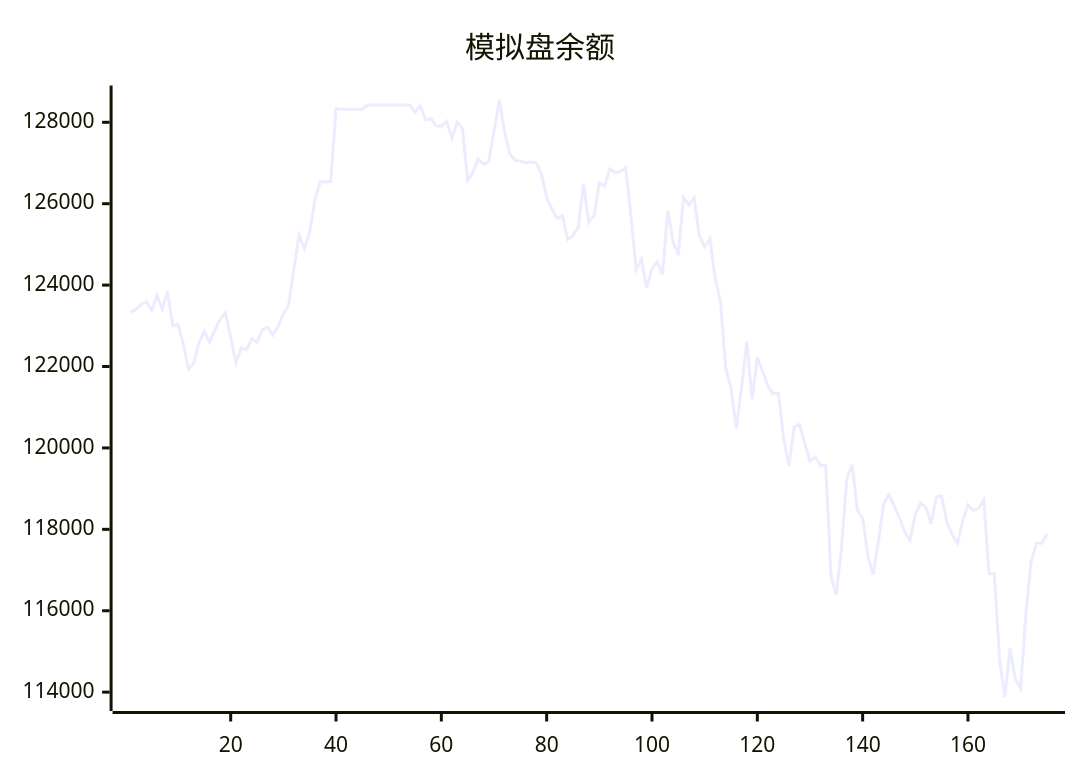
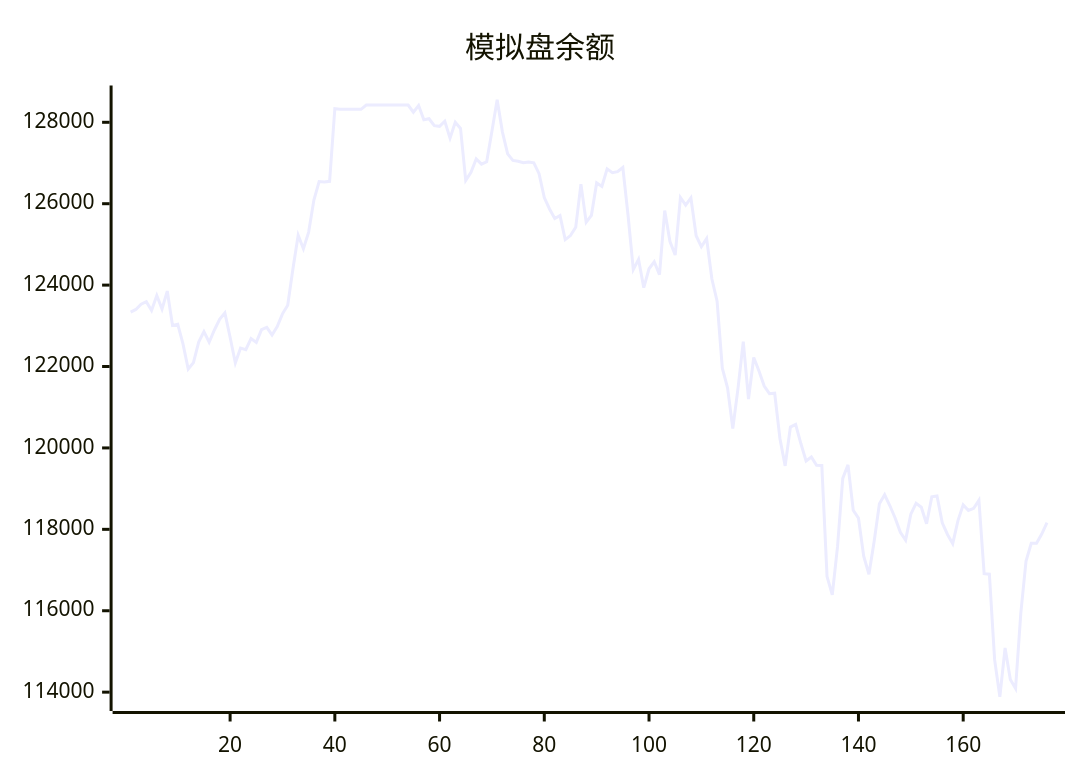
The diagram in README.md (aahl/ai-trading), drawn with Mermaid before and after one commit. The commit also changed other lines of this file and 1 other file, not shown here.

````diff
--- a/README.md
+++ b/README.md
@@ -5,5 +5,5 @@
 ```mermaid
 xychart
     title "模拟盘余额"
-    line [123338,123402,123530,123592,123378,123745,123413,123853,123009,123040,122557,121938,122095,122599,122856,122597,122898,123160,123319,122719,122087,122454,122416,122685,122592,122907,122961,122776,122981,123295,123507,124403,125224,124894,125303,126088,126544,126534,126549,128335,128318,128318,128318,128318,128318,128424,128424,128424,128424,128424,128424,128424,128424,128424,128247,128412,128062,128087,127917,127901,128026,127611,128000,127850,126572,126770,127100,126971,127029,127783,128554,127765,127224,127064,127044,127009,127025,127004,126738,126152,125871,125635,125707,125117,125217,125420,126480,125545,125715,126511,126424,126856,126764,126788,126890,125710,124381,124632,123936,124402,124574,124256,125833,125070,124739,126154,125966,126145,125213,124943,125143,124157,123604,121959,121476,120476,121470,122610,121201,122221,121889,121522,121332,121344,120232,119559,120513,120577,120108,119680,119777,119572,119568,116839,116392,117573,119250,119585,118469,118277,117338,116897,117706,118628,118849,118579,118280,117926,117735,118373,118639,118544,118136,118798,118819,118162,117874,117649,118215,118601,118463,118517,118713,116911,116899,114798,113887,115084,114313,114091,115934,117221,117658,117658,117883]
+    line [123338,123402,123530,123592,123378,123745,123413,123853,123009,123040,122557,121938,122095,122599,122856,122597,122898,123160,123319,122719,122087,122454,122416,122685,122592,122907,122961,122776,122981,123295,123507,124403,125224,124894,125303,126088,126544,126534,126549,128335,128318,128318,128318,128318,128318,128424,128424,128424,128424,128424,128424,128424,128424,128424,128247,128412,128062,128087,127917,127901,128026,127611,128000,127850,126572,126770,127100,126971,127029,127783,128554,127765,127224,127064,127044,127009,127025,127004,126738,126152,125871,125635,125707,125117,125217,125420,126480,125545,125715,126511,126424,126856,126764,126788,126890,125710,124381,124632,123936,124402,124574,124256,125833,125070,124739,126154,125966,126145,125213,124943,125143,124157,123604,121959,121476,120476,121470,122610,121201,122221,121889,121522,121332,121344,120232,119559,120513,120577,120108,119680,119777,119572,119568,116839,116392,117573,119250,119585,118469,118277,117338,116897,117706,118628,118849,118579,118280,117926,117735,118373,118639,118544,118136,118798,118819,118162,117874,117649,118215,118601,118463,118517,118713,116911,116899,114798,113887,115084,114313,114091,115934,117221,117658,117658,117883,118164]
 ```
````
